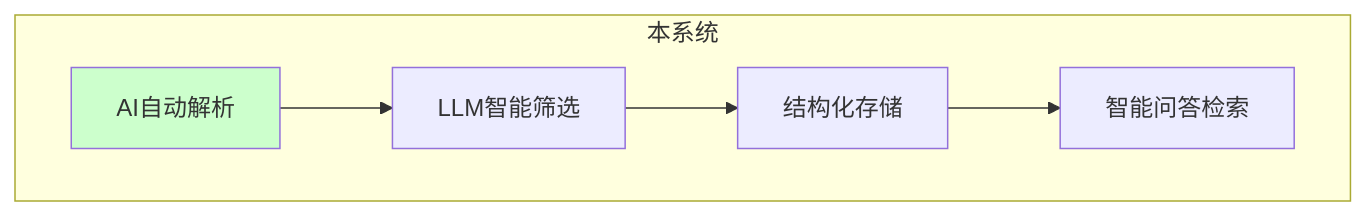
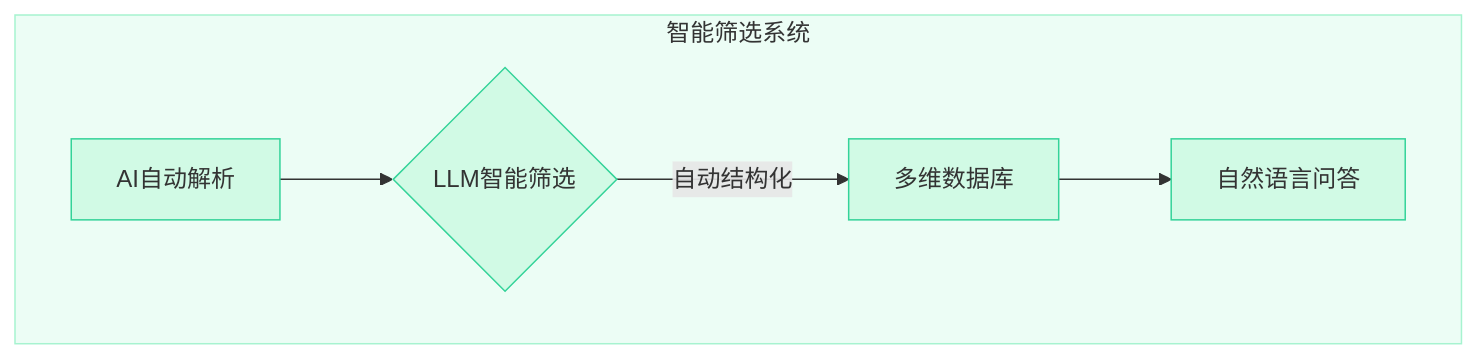
One commit to xt765/ResumeScreening changed the second of 11 diagrams in README.md. Above: the diagram before and after it, drawn with Mermaid. The commit also changed other lines of this file and 5 other files, not shown here.

Commit message:
refactor: remove similarity score and update documentation diagrams

````diff
--- a/README.md
+++ b/README.md
@@ -50,9 +53,14 @@
 ```mermaid
-graph TB
-    subgraph 本系统
-        B1[AI自动解析] --> B2[LLM智能筛选]
-        B2 --> B3[结构化存储]
-        B3 --> B4[智能问答检索]
+graph LR
+    subgraph System [智能筛选系统]
+        direction LR
+        B1[AI自动解析] --> B2{LLM智能筛选}
+        B2 -->|自动结构化| B3[多维数据库]
+        B3 --> B4[自然语言问答]
     end
-    style B1 fill:#ccffcc
+    style System fill:#ecfdf5,stroke:#a7f3d0
+    style B1 fill:#d1fae5,stroke:#34d399
+    style B2 fill:#d1fae5,stroke:#34d399
+    style B3 fill:#d1fae5,stroke:#34d399
+    style B4 fill:#d1fae5,stroke:#34d399
 ```
````
